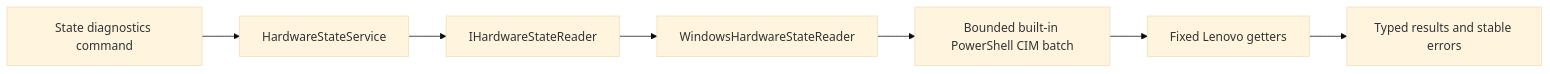
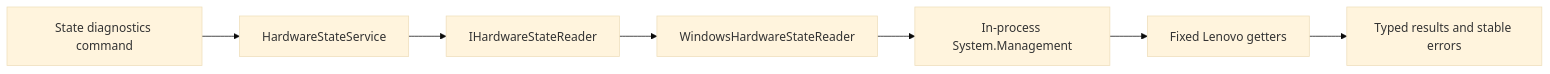
The third of 7 diagrams in docs/ARCHITECTURE.md (Anandb71/Legion-LOQ-control), drawn with Mermaid (base theme) before and after one commit. The commit also changed other lines of this file and 11 other files, not shown here.

First line of the commit message:
fix: call Lenovo WMI in-process instead of PowerShell

````diff
--- a/docs/ARCHITECTURE.md
+++ b/docs/ARCHITECTURE.md
@@ -88,9 +88,9 @@
 ```mermaid
 flowchart LR
     StateCli[State diagnostics command] --> StateService[HardwareStateService]
     StateService --> StatePort[IHardwareStateReader]
     StatePort --> WmiReader[WindowsHardwareStateReader]
-    WmiReader --> PowerShell[Bounded built-in PowerShell CIM batch]
-    PowerShell --> FixedGetters[Fixed Lenovo getters]
+    WmiReader --> SystemWmi[In-process System.Management]
+    SystemWmi --> FixedGetters[Fixed Lenovo getters]
     FixedGetters --> TypedResults[Typed results and stable errors]
 ```
````
